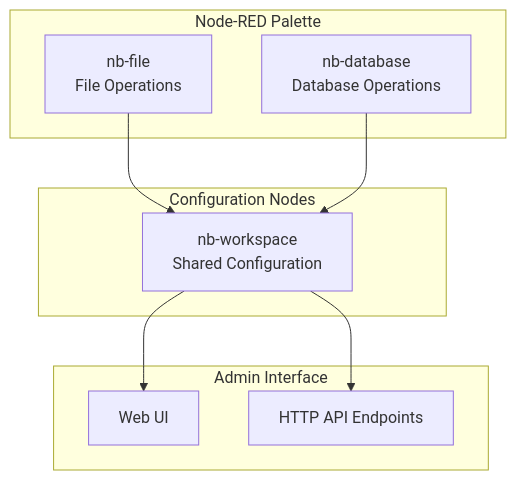
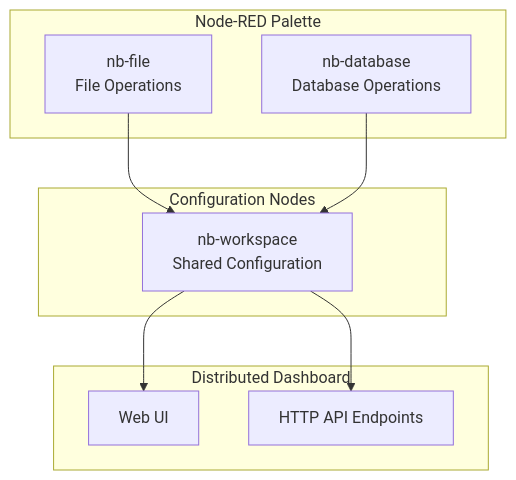
Before and after one commit to thalperi/nodebit: the diagram in docs/technical/node-roles.md, drawn with Mermaid. The commit also changed 5 other files, not shown here.

Commit message:
Update admin interface to distributed dashboard

````diff
--- a/docs/technical/node-roles.md
+++ b/docs/technical/node-roles.md
@@ -11,18 +11,18 @@
 ```mermaid
 graph TB
     subgraph "Node-RED Palette"
         FILE[nb-file<br/>File Operations]
         DB[nb-database<br/>Database Operations]
     end
     subgraph "Configuration Nodes"
         WS[nb-workspace<br/>Shared Configuration]
     end
-    subgraph "Admin Interface"
+    subgraph "Distributed Dashboard"
         UI[Web UI]
         API[HTTP API Endpoints]
     end
     FILE --> WS
     DB --> WS
     WS --> UI
     WS --> API
 ```
````
